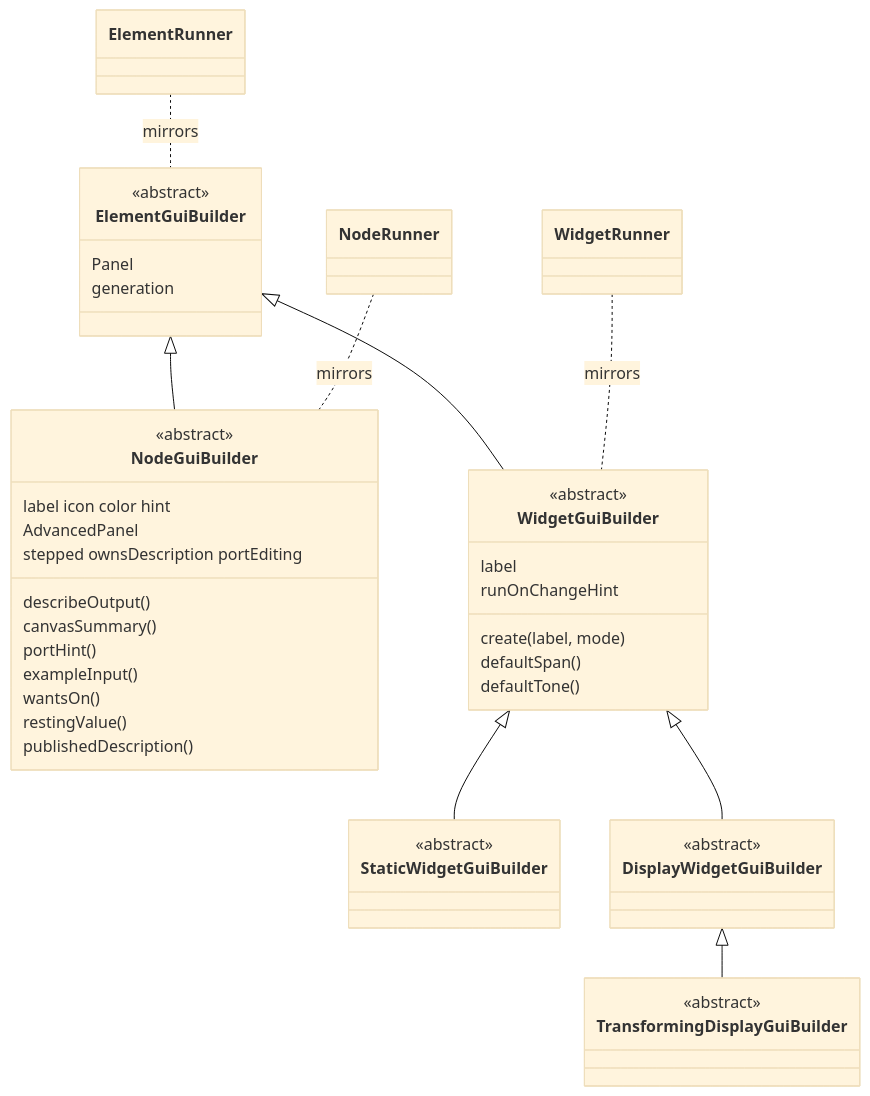
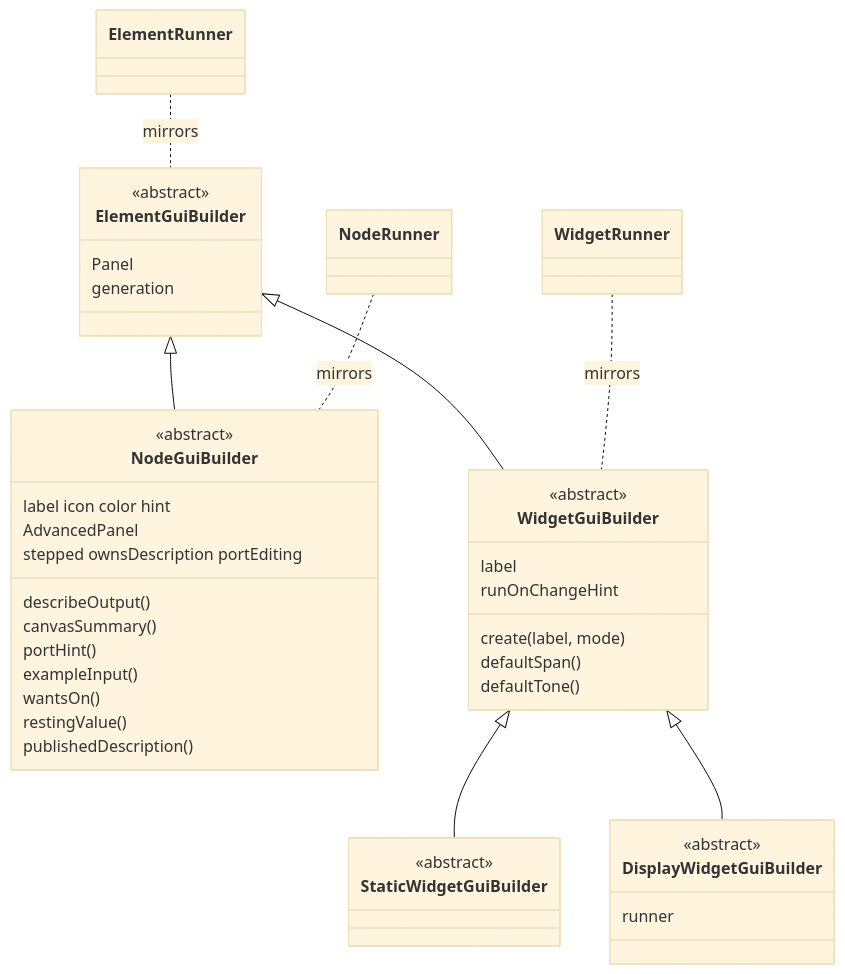
One commit to Archimedes79/AI_Graph changed the fifth of 8 diagrams in arch/overview.md. Above: the diagram before and after it, drawn with Mermaid (base theme). The commit also changed other lines of this file and 4 other files, not shown here.

````diff
--- a/arch/overview.md
+++ b/arch/overview.md
@@ -269,46 +262,43 @@
 ```mermaid
 classDiagram
   class ElementGuiBuilder {
     <<abstract>>
     Panel
     generation
   }
   class NodeGuiBuilder {
     <<abstract>>
     label icon color hint
     AdvancedPanel
     describeOutput()
     canvasSummary()
     stepped ownsDescription portEditing
     portHint()
     exampleInput()
     wantsOn()
     restingValue()
     publishedDescription()
   }
   class WidgetGuiBuilder {
     <<abstract>>
     label
     create(label, mode)
     defaultSpan()
     defaultTone()
     runOnChangeHint
   }
   class StaticWidgetGuiBuilder {
     <<abstract>>
   }
   class DisplayWidgetGuiBuilder {
     <<abstract>>
-  }
-  class TransformingDisplayGuiBuilder {
-    <<abstract>>
+    runner
   }
   ElementGuiBuilder <|-- NodeGuiBuilder
   ElementGuiBuilder <|-- WidgetGuiBuilder
   WidgetGuiBuilder <|-- StaticWidgetGuiBuilder
   WidgetGuiBuilder <|-- DisplayWidgetGuiBuilder
-  DisplayWidgetGuiBuilder <|-- TransformingDisplayGuiBuilder
   ElementRunner .. ElementGuiBuilder : mirrors
   NodeRunner .. NodeGuiBuilder : mirrors
   WidgetRunner .. WidgetGuiBuilder : mirrors
 ```
````
